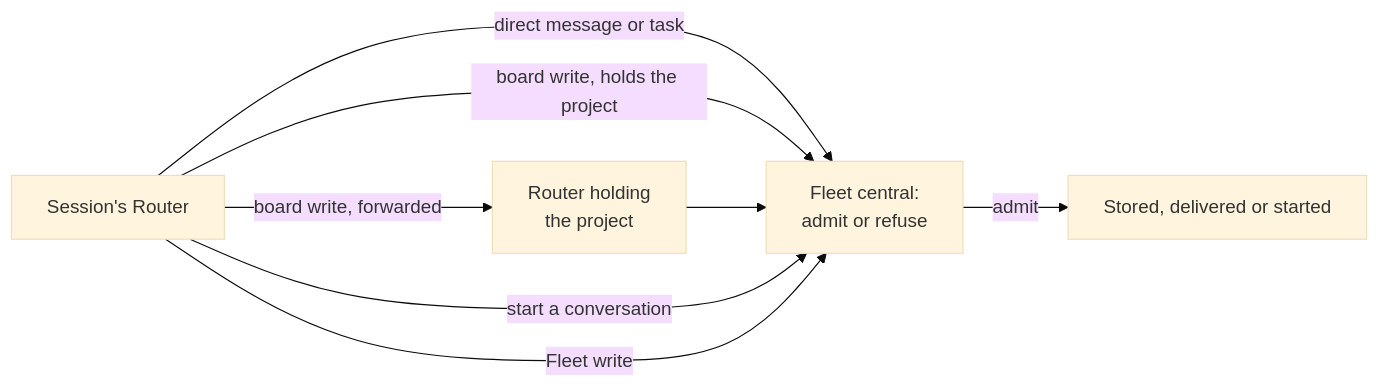
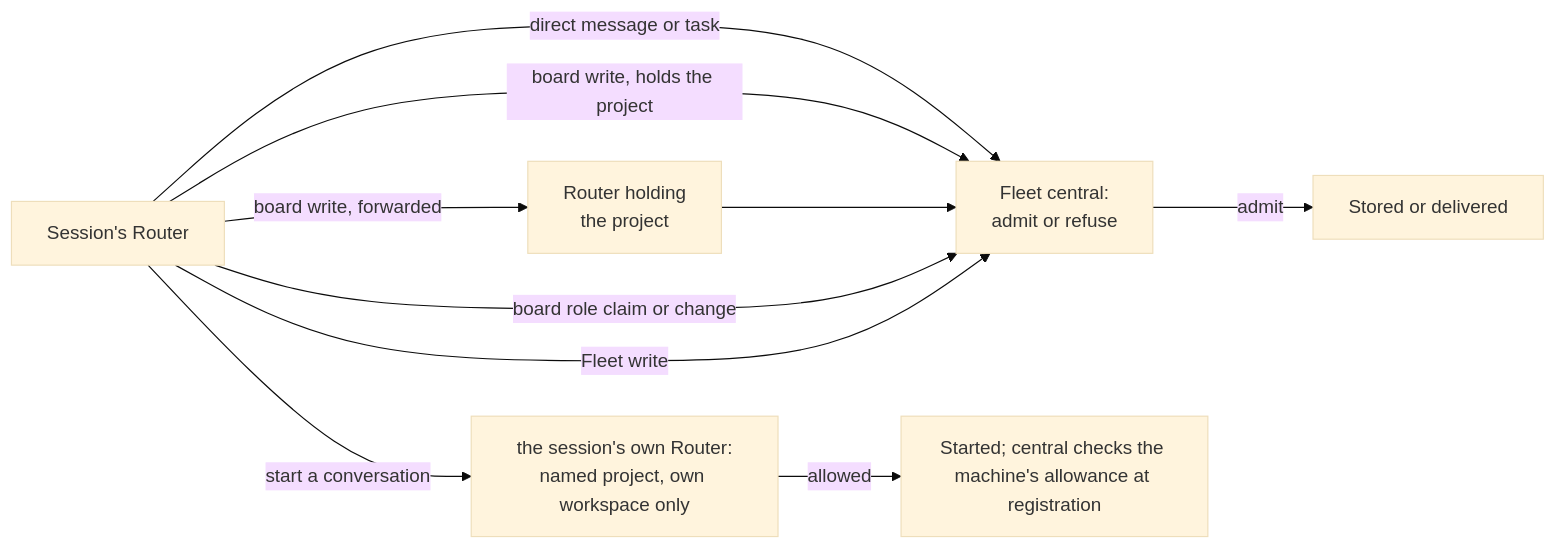
Before and after one commit to ShravanSunder/agent-vm: diagram 12 of 12 in docs/specs/2026-10-24-agent-identity/alternatives.md, drawn with Mermaid (base theme). The commit also changed other lines of this file and 7 other files, not shown here.

````diff
--- a/docs/specs/2026-10-24-agent-identity/alternatives.md
+++ b/docs/specs/2026-10-24-agent-identity/alternatives.md
@@ -374,9 +374,11 @@
 ```mermaid
 flowchart LR
   S["Session's Router"] -- "direct message or task" --> A["Fleet central:<br/>admit or refuse"]
   S -- "board write, holds the project" --> A
   S -- "board write, forwarded" --> H["Router holding<br/>the project"] --> A
-  S -- "start a conversation" --> A
+  S -- "board role claim or change" --> A
   S -- "Fleet write" --> A
-  A -- "admit" --> E["Stored, delivered or started"]
+  S -- "start a conversation" --> R["the session's own Router:<br/>named project, own workspace only"]
+  A -- "admit" --> E["Stored or delivered"]
+  R -- "allowed" --> ST["Started; central checks the machine's allowance at registration"]
 ```
````
